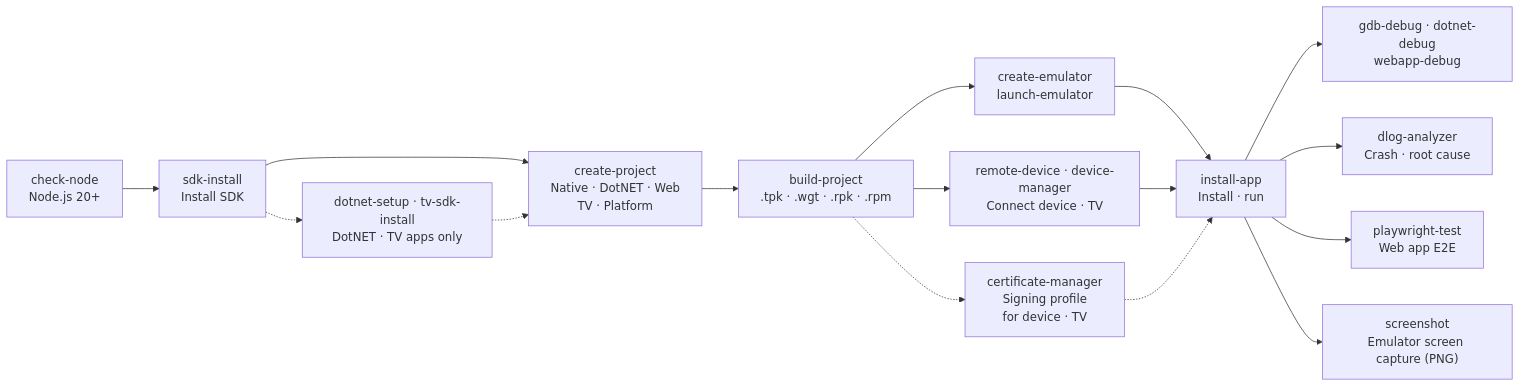
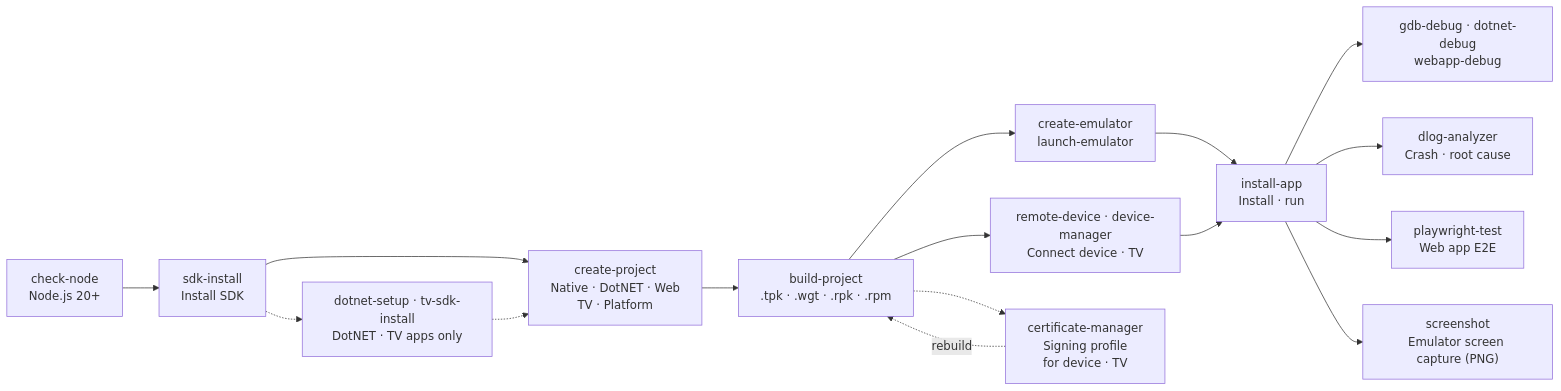
Before and after one commit to Samsung/tizen-agent-skills: the second of 2 diagrams in tizen-sdk-skills/quick-guide.md, drawn with Mermaid. The commit also changed other lines of this file and 1 other file, not shown here.

````diff
--- a/tizen-sdk-skills/quick-guide.md
+++ b/tizen-sdk-skills/quick-guide.md
@@ -66,18 +66,18 @@
 ```mermaid
 flowchart LR
     A["check-node<br/>Node.js 20+"] --> B["sdk-install<br/>Install SDK"]
     B --> D["create-project<br/>Native · DotNET · Web<br/>TV · Platform"]
     B -.-> P["dotnet-setup · tv-sdk-install<br/>DotNET · TV apps only"]
     P -.-> D
     D --> E["build-project<br/>.tpk · .wgt · .rpk · .rpm"]
     E --> F["create-emulator<br/>launch-emulator"]
     E --> R["remote-device · device-manager<br/>Connect device · TV"]
     E -.-> K["certificate-manager<br/>Signing profile<br/>for device · TV"]
     F --> G["install-app<br/>Install · run"]
     R --> G
-    K -.-> G
+    K -.->|rebuild| E
     G --> H["gdb-debug · dotnet-debug<br/>webapp-debug"]
     G --> I["dlog-analyzer<br/>Crash · root cause"]
     G --> J["playwright-test<br/>Web app E2E"]
     G --> S["screenshot<br/>Emulator screen capture (PNG)"]
 ```
````
